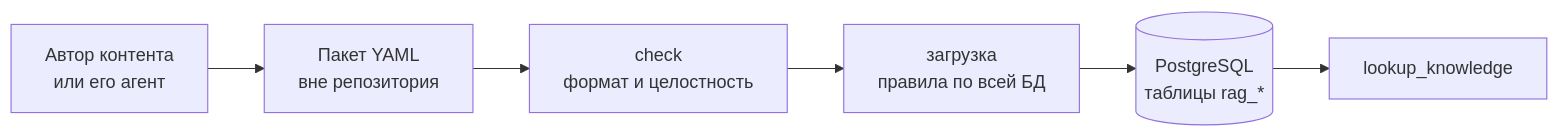
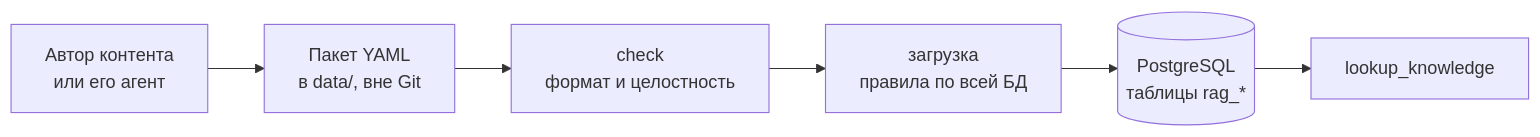
Before and after one commit to Nisakoo/BMSTU-NIRS: the second of 3 diagrams in docs/rag.md, drawn with Mermaid. The commit also changed other lines of this file and 9 other files, not shown here.

````diff
--- a/docs/rag.md
+++ b/docs/rag.md
@@ -70,8 +70,8 @@
 ```mermaid
 flowchart LR
-    Author["Автор контента<br/>или его агент"] --> Package["Пакет YAML<br/>вне репозитория"]
+    Author["Автор контента<br/>или его агент"] --> Package["Пакет YAML<br/>в data/, вне Git"]
     Package --> Check["check<br/>формат и целостность"]
     Check --> Load["загрузка<br/>правила по всей БД"]
     Load --> PG[("PostgreSQL<br/>таблицы rag_*")]
     PG --> Lookup[lookup_knowledge]
 ```
````
